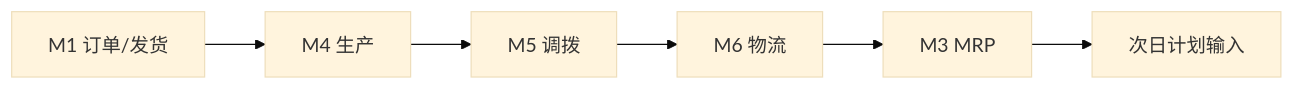
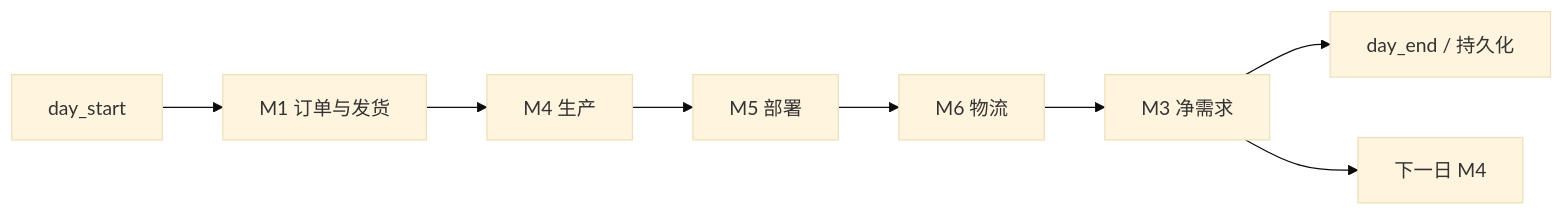
Before and after one commit to senzhang-ps/chainsight: the diagram in docs/modules/modules.md, drawn with Mermaid (base theme). The commit also changed other lines of this file and 14 other files, not shown here.

````diff
--- a/docs/modules/modules.md
+++ b/docs/modules/modules.md
@@ -586,4 +56,10 @@
 ```mermaid
 flowchart LR
-    A["M1 订单/发货"] --> B["M4 生产"] --> C["M5 调拨"] --> D["M6 物流"] --> E["M3 MRP"] --> F["次日计划输入"]
+    START[day_start] --> M1[M1 订单与发货]
+    M1 --> M4[M4 生产]
+    M4 --> M5[M5 部署]
+    M5 --> M6[M6 物流]
+    M6 --> M3[M3 净需求]
+    M3 --> END[day_end / 持久化]
+    M3 --> NEXT[下一日 M4]
 ```
````
